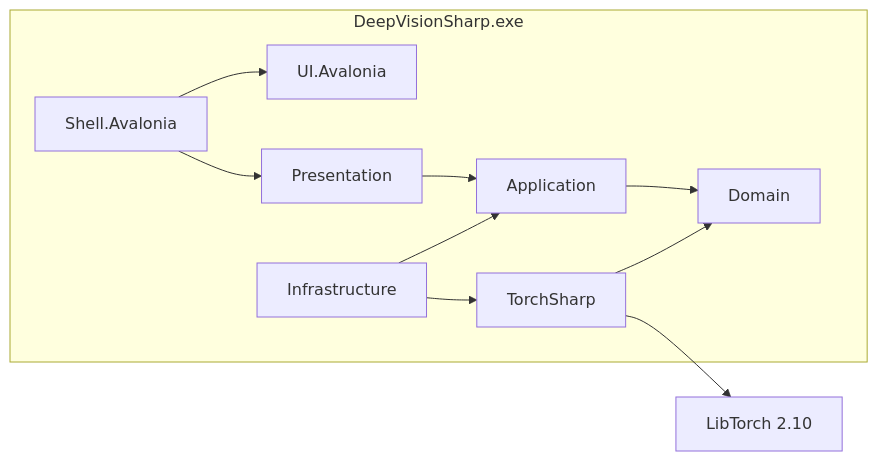
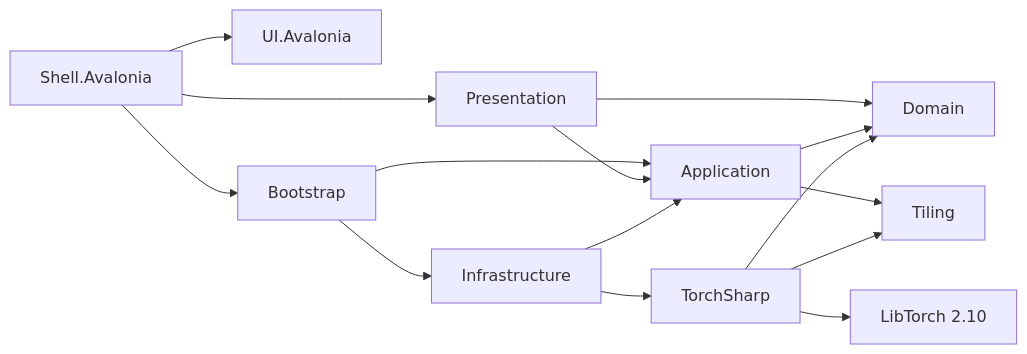
The diagram in README.md (ziyuhaokun/deepvisionsharp), drawn with Mermaid before and after one commit. The commit also changed 24 other files, not shown here.

````diff
--- a/README.md
+++ b/README.md
@@ -81,20 +81,17 @@
 ```mermaid
 flowchart LR
-  subgraph exe [DeepVisionSharp.exe]
-    Shell[Shell.Avalonia]
-    UI[UI.Avalonia]
-    Presentation[Presentation]
-    App[Application]
-    Infra[Infrastructure]
-    Torch[TorchSharp]
-    Domain[Domain]
-    Shell --> UI
-    Shell --> Presentation
-    Presentation --> App
-    App --> Domain
-    Infra --> App
-    Infra --> Torch
-    Torch --> Domain
-  end
+  Shell[Shell.Avalonia] --> UI[UI.Avalonia]
+  Shell --> Presentation
+  Shell --> Bootstrap
+  Bootstrap --> App[Application]
+  Bootstrap --> Infra[Infrastructure]
+  Presentation --> App
+  Presentation --> Domain
+  App --> Domain
+  App --> Tiling
+  Infra --> App
+  Infra --> Torch[TorchSharp]
+  Torch --> Domain
+  Torch --> Tiling
   Torch --> LibTorch[LibTorch 2.10]
 ```
````
